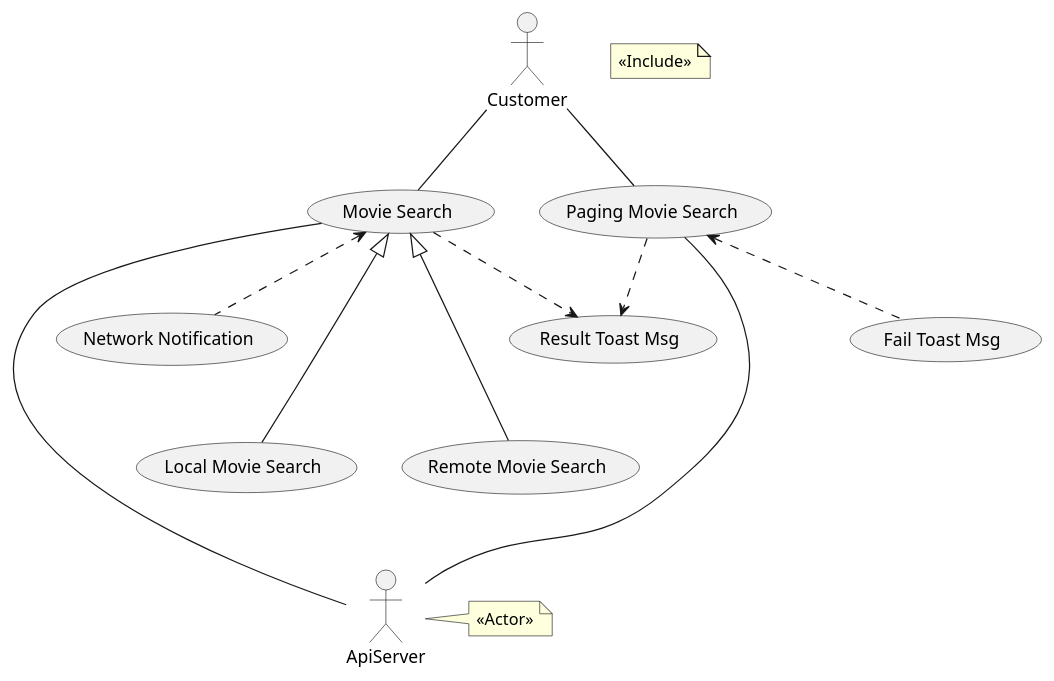
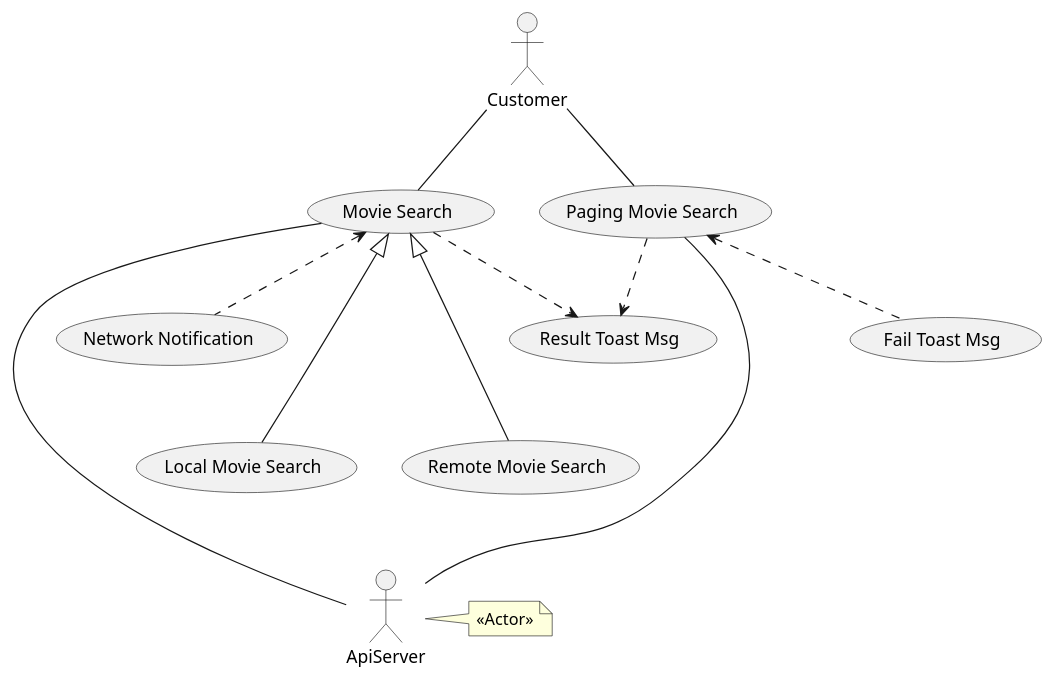
One commit to HeeGyeong/CleanArchitectureSample changed the diagram in CleanArchitectureStudy/domain/src/main/java/com/example/domain/UseCaseUML.puml. Above: the diagram before and after it, drawn with PlantUML. The commit also changed 273 other files, not shown here.

```diff
--- a/CleanArchitectureStudy/domain/src/main/java/com/example/domain/UseCaseUML.puml
+++ b/CleanArchitectureStudy/domain/src/main/java/com/example/domain/UseCaseUML.puml
@@ -1,47 +1,23 @@
 @startuml
-'https://plantuml.com/use-case-diagram
-
-':Main Admin: as Admin
-'(Use the application) as (Use)
-'
-'User -> (Start)
-'User --> (Use)
-'
-'Admin ---> (Use)
-'
-'note right of Admin : This is an example.
-'
-'note right of (Use)
-'A note can also
-'be on several lines
-'end note
-'
-'note "This note is connected\nto several objects." as N2
-'(Start) .. N2
-'N2 .. (Use)
-
-
 Customer as User
 ApiServer as Api
-note "<<Include>>" as include
 
 User -- (Movie Search)
 User -- (Paging Movie Search)
 
 '<<include>>
 (Movie Search) ..> (Result Toast Msg)
 (Paging Movie Search) ..> (Result Toast Msg)
 
 '<<extend>>
 (Movie Search) <.. (Network Notification)
 (Paging Movie Search) <.. (Fail Toast Msg)
 
 (Movie Search) <|--- (Local Movie Search)
 (Movie Search) <|--- (Remote Movie Search)
 
 note right of Api : <<Actor>>
 (Movie Search) ---- Api
 (Paging Movie Search) ---- Api
 
-
 @enduml
```
